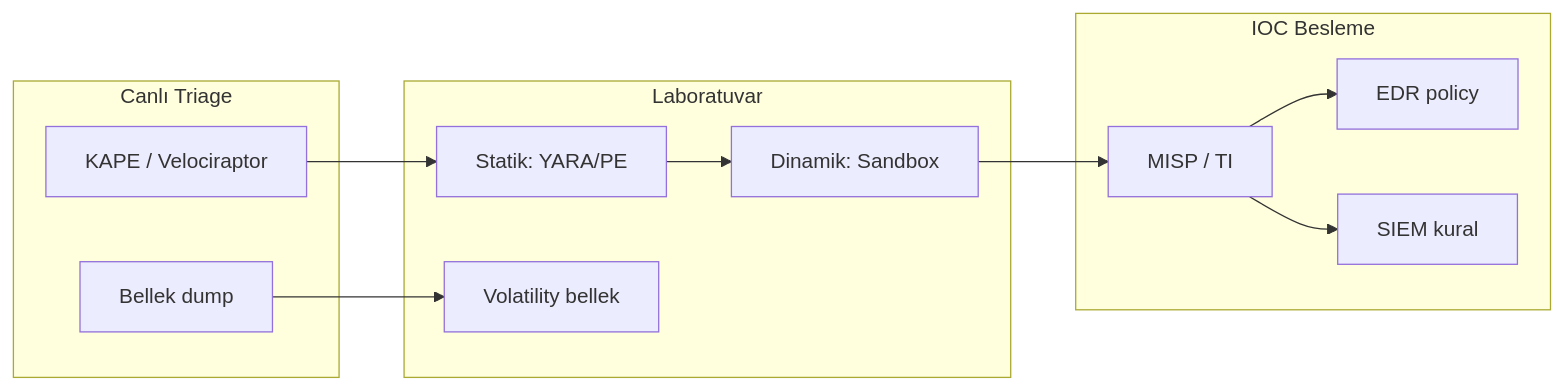
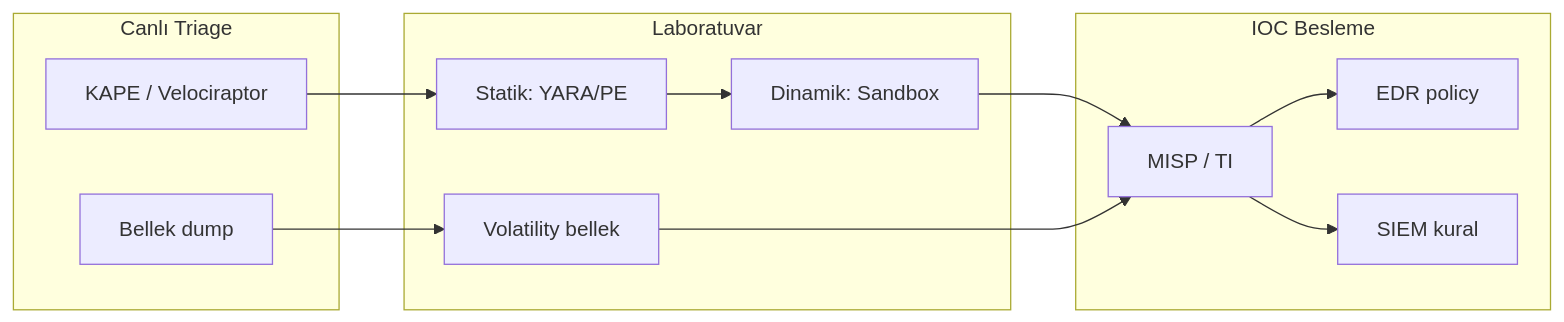
Before and after one commit to yusufarbc/Siber-Guvenlik-Rehberi: the diagram in src/content/docs/07-uc-nokta-guvenligi/02-malware-analizi-ve-adli-bilisim.md, drawn with Mermaid. The commit also changed 13 other files, not shown here.

First line of the commit message:
Mermaid diyagramlarındaki yapısal sorunları düzelt, kalabalık olanları sadeleştir

````diff
--- a/src/content/docs/07-uc-nokta-guvenligi/02-malware-analizi-ve-adli-bilisim.md
+++ b/src/content/docs/07-uc-nokta-guvenligi/02-malware-analizi-ve-adli-bilisim.md
@@ -17,23 +17,24 @@
 ```mermaid
 flowchart LR
     subgraph Triage["Canlı Triage"]
         KAPE[KAPE / Velociraptor]
         MEM[Bellek dump]
     end
     subgraph Analiz["Laboratuvar"]
         STAT[Statik: YARA/PE]
         DYN[Dinamik: Sandbox]
         VOL[Volatility bellek]
     end
     subgraph Cikti["IOC Besleme"]
         MISP[MISP / TI]
         EDR[EDR policy]
         SIEM[SIEM kural]
     end
     KAPE --> STAT
     MEM --> VOL
     STAT --> DYN
     DYN --> MISP
+    VOL --> MISP
     MISP --> EDR
     MISP --> SIEM
 ```
````
